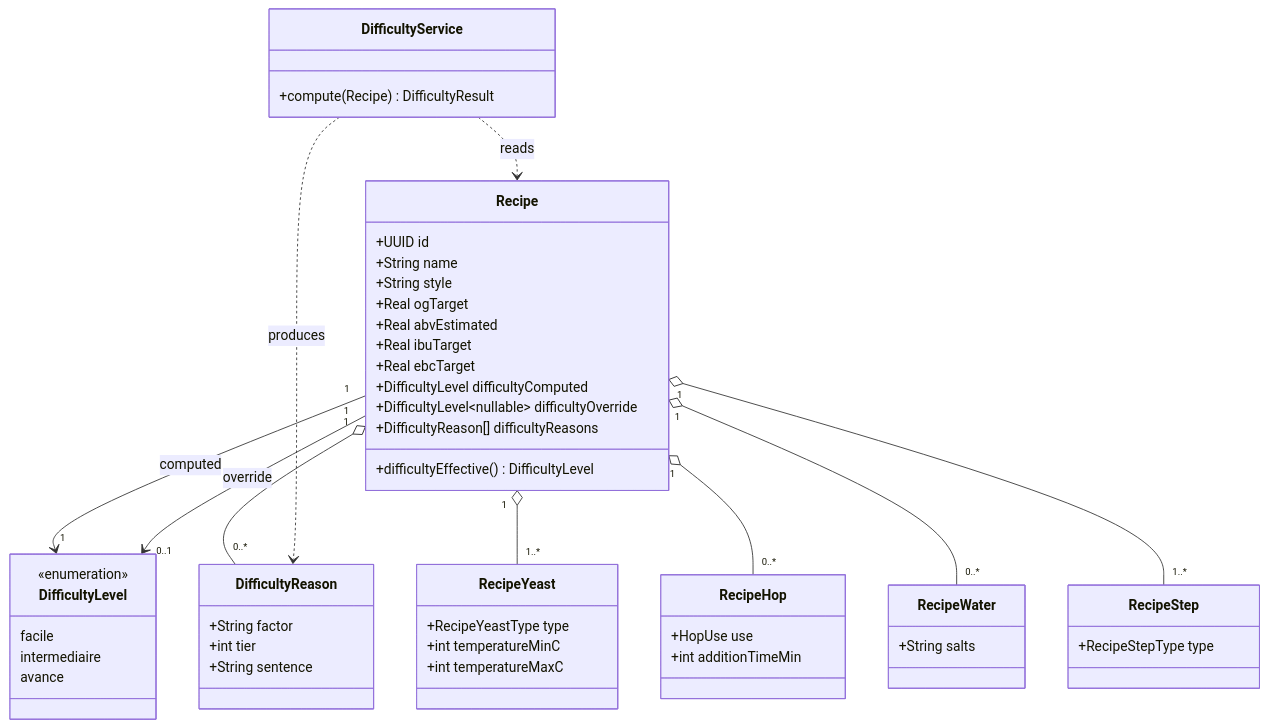
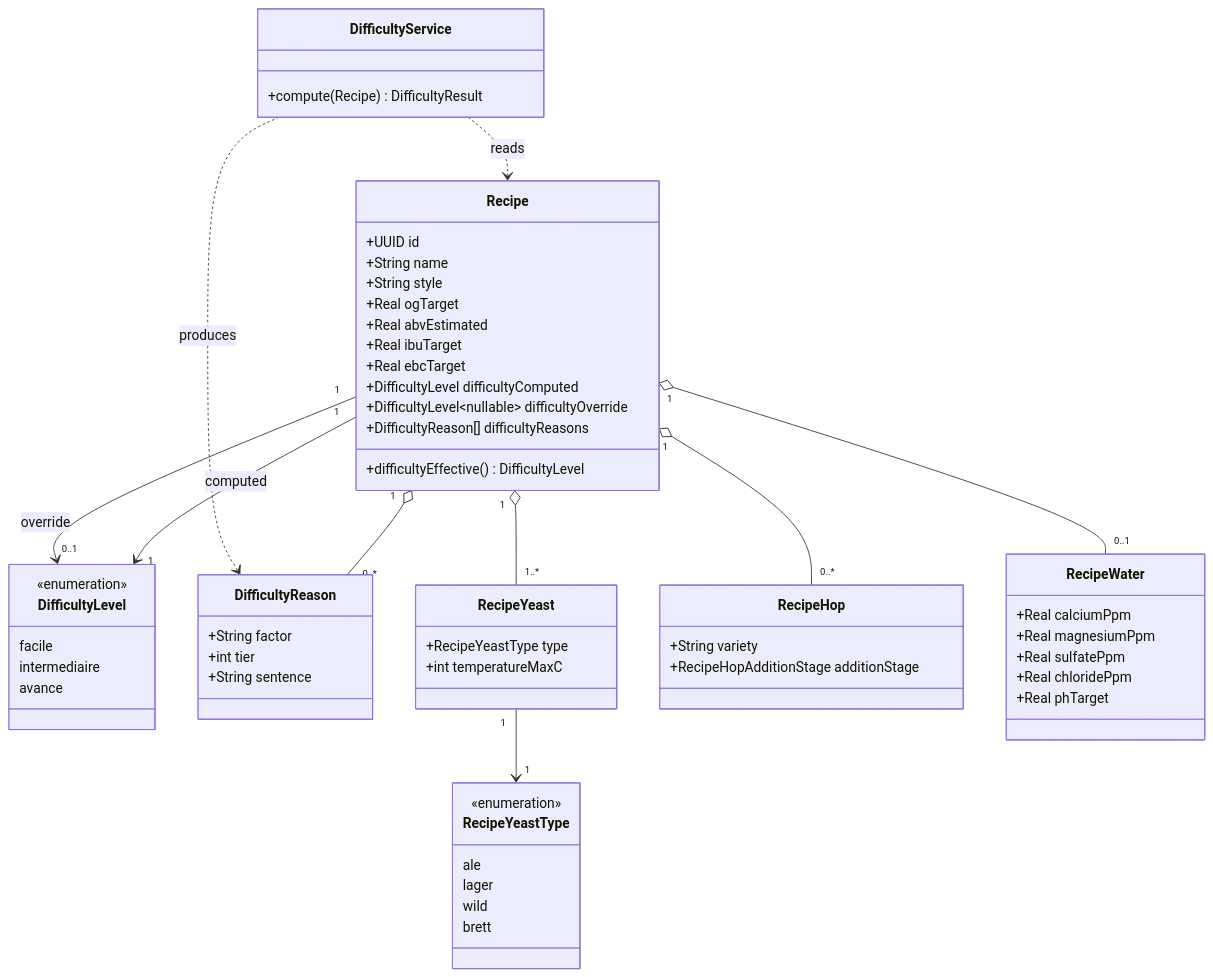
Before and after one commit to benoit-bremaud/brasse-bouillon: the diagram in docs/architecture/diagrams/recipe-difficulty/04-class.md, drawn with Mermaid. The commit also changed other lines of this file and 4 other files, not shown here.

````diff
--- a/docs/architecture/diagrams/recipe-difficulty/04-class.md
+++ b/docs/architecture/diagrams/recipe-difficulty/04-class.md
@@ -16,55 +16,62 @@
 ```mermaid
 classDiagram
   class Recipe {
     +UUID id
     +String name
     +String style
     +Real ogTarget
     +Real abvEstimated
     +Real ibuTarget
     +Real ebcTarget
     +DifficultyLevel difficultyComputed
     +DifficultyLevel~nullable~ difficultyOverride
     +DifficultyReason[] difficultyReasons
     +difficultyEffective() DifficultyLevel
   }
   class DifficultyLevel {
     <<enumeration>>
     facile
     intermediaire
     avance
   }
   class DifficultyReason {
     +String factor
     +int tier
     +String sentence
   }
   class RecipeYeast {
     +RecipeYeastType type
-    +int temperatureMinC
     +int temperatureMaxC
   }
+  class RecipeYeastType {
+    <<enumeration>>
+    ale
+    lager
+    wild
+    brett
+  }
   class RecipeHop {
-    +HopUse use
-    +int additionTimeMin
+    +String variety
+    +RecipeHopAdditionStage additionStage
   }
   class RecipeWater {
-    +String salts
-  }
-  class RecipeStep {
-    +RecipeStepType type
+    +Real calciumPpm
+    +Real magnesiumPpm
+    +Real sulfatePpm
+    +Real chloridePpm
+    +Real phTarget
   }
   class DifficultyService {
     +compute(Recipe) DifficultyResult
   }
 
   Recipe "1" --> "1" DifficultyLevel : computed
   Recipe "1" --> "0..1" DifficultyLevel : override
   Recipe "1" o-- "0..*" DifficultyReason
   Recipe "1" o-- "1..*" RecipeYeast
+  RecipeYeast "1" --> "1" RecipeYeastType
   Recipe "1" o-- "0..*" RecipeHop
-  Recipe "1" o-- "0..*" RecipeWater
-  Recipe "1" o-- "1..*" RecipeStep
+  Recipe "1" o-- "0..1" RecipeWater
   DifficultyService ..> Recipe : reads
   DifficultyService ..> DifficultyReason : produces
 ```
````
